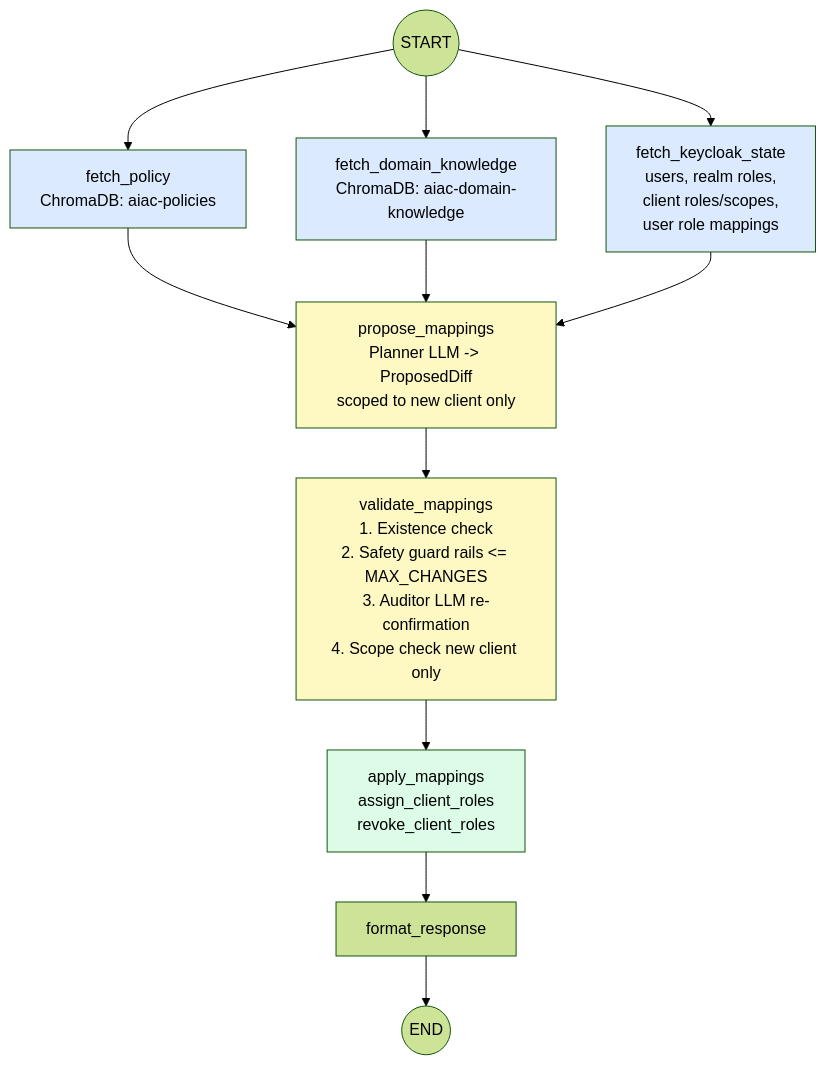
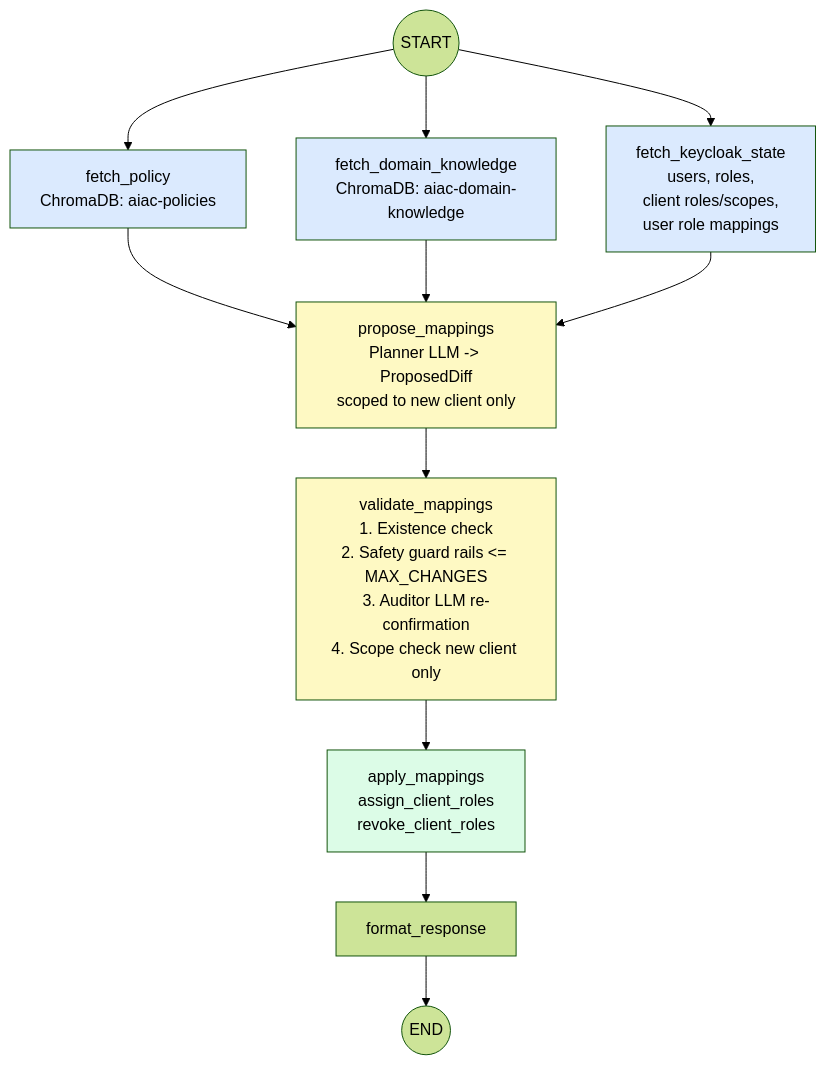
The third of 8 diagrams in inception/requirements/components/aiac-agent-diagram.md (rossoctl/aiac), drawn with Mermaid (forest theme) before and after one commit. The commit also changed other lines of this file and 12 other files, not shown here.

First line of the commit message:
docs(aiac): rename 'realm role' to 'role' across all requirements

````diff
--- a/inception/requirements/components/aiac-agent-diagram.md
+++ b/inception/requirements/components/aiac-agent-diagram.md
@@ -70,23 +70,23 @@
 ```mermaid
 flowchart TD
     START(("START"))
 
     START --> FP["fetch_policy\nChromaDB: aiac-policies"]
     START --> FDK["fetch_domain_knowledge\nChromaDB: aiac-domain-knowledge"]
-    START --> FKC["fetch_keycloak_state\nusers, realm roles,\nclient roles/scopes,\nuser role mappings"]
+    START --> FKC["fetch_keycloak_state\nusers, roles,\nclient roles/scopes,\nuser role mappings"]
 
     FP & FDK & FKC --> PROPOSE["propose_mappings\nPlanner LLM -> ProposedDiff\nscoped to new client only"]
 
     PROPOSE --> VALIDATE["validate_mappings\n1. Existence check\n2. Safety guard rails <= MAX_CHANGES\n3. Auditor LLM re-confirmation\n4. Scope check new client only"]
 
     VALIDATE --> APPLY["apply_mappings\nassign_client_roles\nrevoke_client_roles"]
     APPLY --> FORMAT["format_response"]
     FORMAT --> END(("END"))
 
     style FP fill:#dbeafe
     style FDK fill:#dbeafe
     style FKC fill:#dbeafe
     style PROPOSE fill:#fef9c3
     style VALIDATE fill:#fef9c3
     style APPLY fill:#dcfce7
 ```
````
